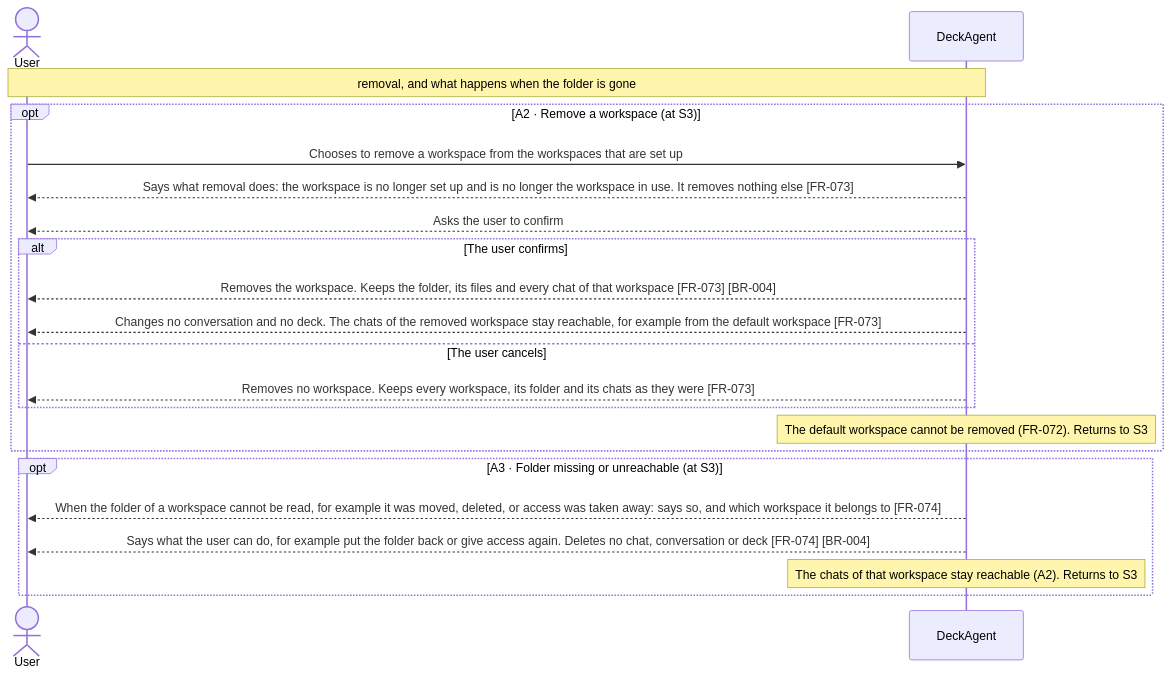
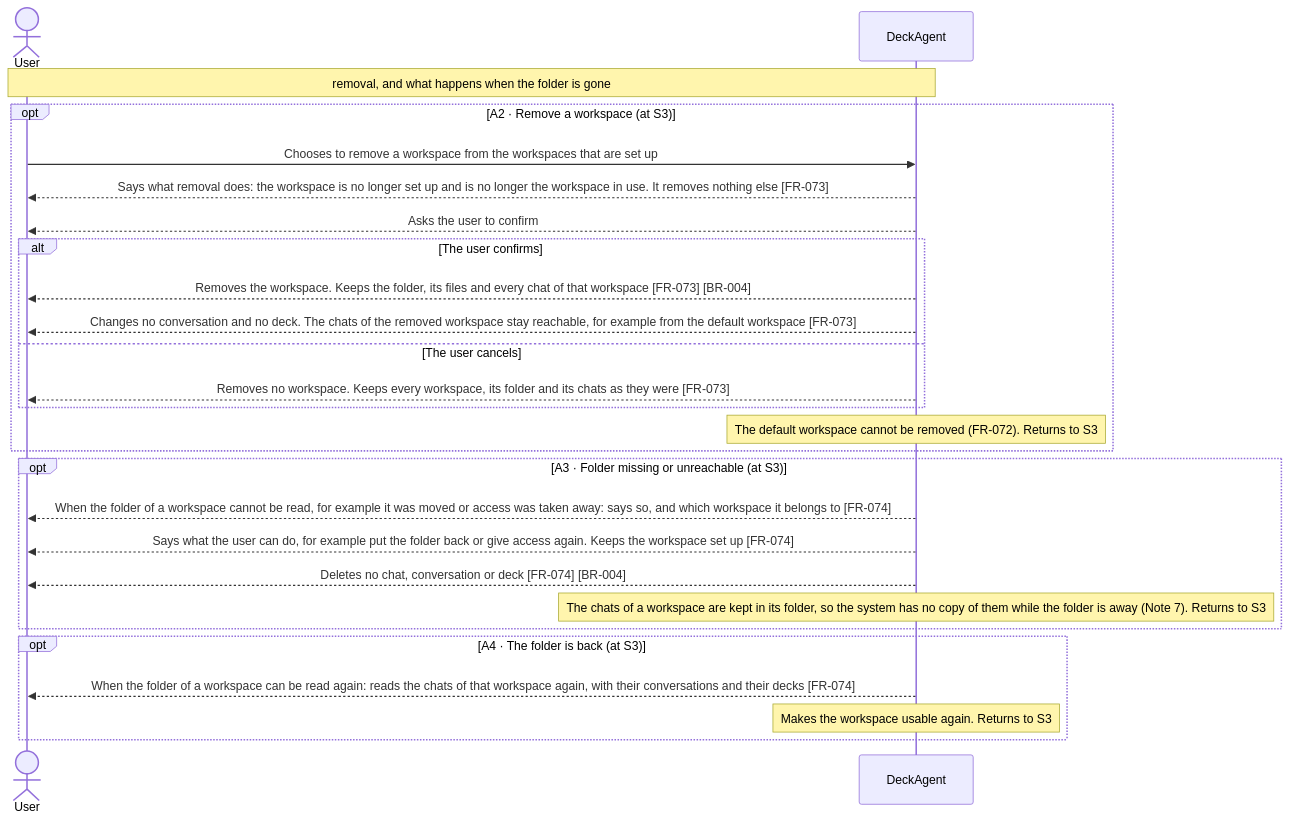
Before and after one commit to Luke23127006/DeckAgent: the second of 2 diagrams in docs/spec/03-use-cases/UC-013.md, drawn with Mermaid. The commit also changed other lines of this file and 5 other files, not shown here.

First line of the commit message:
docs(spec): stop promising chats whose folder is gone, and keep requests running on a switch

````diff
--- a/docs/spec/03-use-cases/UC-013.md
+++ b/docs/spec/03-use-cases/UC-013.md
@@ -71,23 +72,28 @@
 ```mermaid
 sequenceDiagram
     actor User
     participant DeckAgent
     Note over User,DeckAgent: removal, and what happens when the folder is gone
     opt A2 · Remove a workspace (at S3)
         User->>DeckAgent: Chooses to remove a workspace from the workspaces that are set up
         DeckAgent-->>User: Says what removal does: the workspace is no longer set up and is no longer the workspace in use. It removes nothing else [FR-073]
         DeckAgent-->>User: Asks the user to confirm
         alt The user confirms
             DeckAgent-->>User: Removes the workspace. Keeps the folder, its files and every chat of that workspace [FR-073] [BR-004]
             DeckAgent-->>User: Changes no conversation and no deck. The chats of the removed workspace stay reachable, for example from the default workspace [FR-073]
         else The user cancels
             DeckAgent-->>User: Removes no workspace. Keeps every workspace, its folder and its chats as they were [FR-073]
         end
         note over DeckAgent: The default workspace cannot be removed (FR-072). Returns to S3
     end
     opt A3 · Folder missing or unreachable (at S3)
-        DeckAgent-->>User: When the folder of a workspace cannot be read, for example it was moved, deleted, or access was taken away: says so, and which workspace it belongs to [FR-074]
-        DeckAgent-->>User: Says what the user can do, for example put the folder back or give access again. Deletes no chat, conversation or deck [FR-074] [BR-004]
-        note over DeckAgent: The chats of that workspace stay reachable (A2). Returns to S3
+        DeckAgent-->>User: When the folder of a workspace cannot be read, for example it was moved or access was taken away: says so, and which workspace it belongs to [FR-074]
+        DeckAgent-->>User: Says what the user can do, for example put the folder back or give access again. Keeps the workspace set up [FR-074]
+        DeckAgent-->>User: Deletes no chat, conversation or deck [FR-074] [BR-004]
+        note over DeckAgent: The chats of a workspace are kept in its folder, so the system has no copy of them while the folder is away (Note 7). Returns to S3
+    end
+    opt A4 · The folder is back (at S3)
+        DeckAgent-->>User: When the folder of a workspace can be read again: reads the chats of that workspace again, with their conversations and their decks [FR-074]
+        note over DeckAgent: Makes the workspace usable again. Returns to S3
     end
 ```
````
